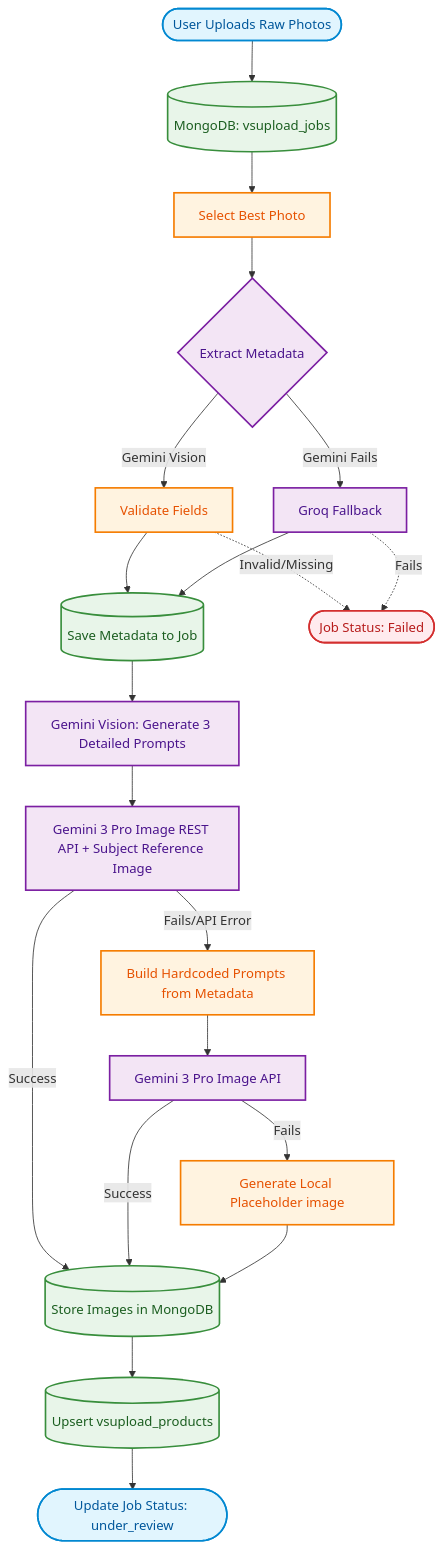
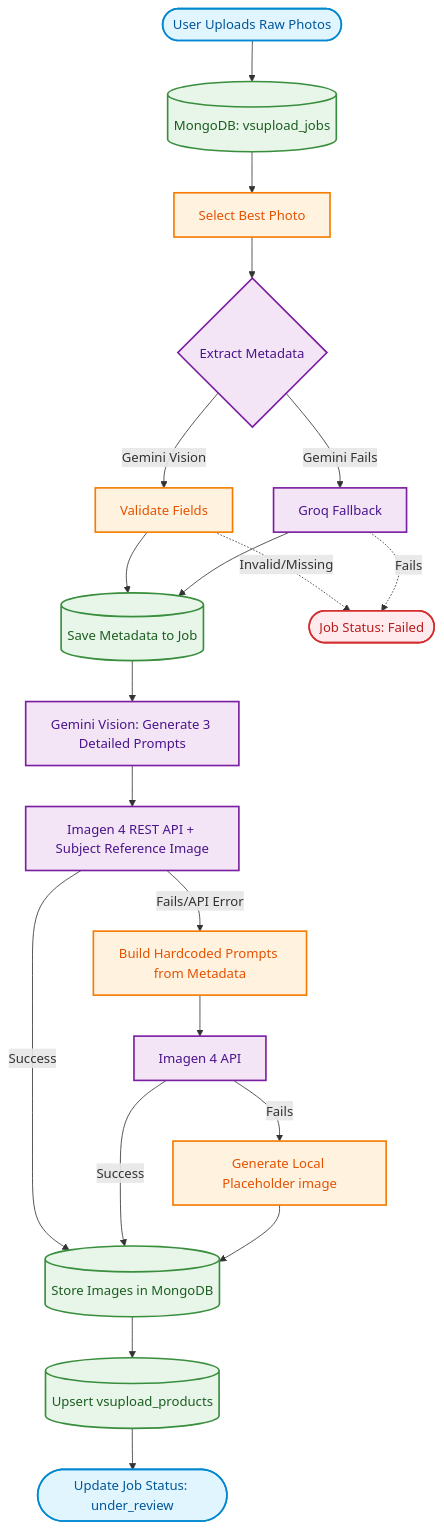
The diagram in README.md (10vulture1005/ShreeJii), drawn with Mermaid before and after one commit. The commit also changed other lines of this file and 1 other file, not shown here.

````diff
--- a/README.md
+++ b/README.md
@@ -5,47 +5,47 @@
 ```mermaid
 flowchart TD
     %% Nodes and Edges
     Start([User Uploads Raw Photos]) --> JobCreated[("MongoDB: vsupload_jobs")]
     JobCreated --> BestPhoto[Select Best Photo]
     
     %% Metadata Extraction Phase
     BestPhoto --> ExtractMeta{Extract Metadata}
     ExtractMeta -- Gemini Vision --> ValidateMeta[Validate Fields]
     ExtractMeta -- Gemini Fails --> GroqMeta[Groq Fallback]
     ValidateMeta --> SaveMeta[("Save Metadata to Job")]
     GroqMeta --> SaveMeta
     
     %% Advanced Image Generation Flow
     SaveMeta --> AdvPrompts[Gemini Vision: Generate 3 Detailed Prompts]
-    AdvPrompts --> AdvImagen[Gemini 3 Pro Image REST API + Subject Reference Image]
+    AdvPrompts --> AdvImagen[Imagen 4 REST API + Subject Reference Image]
     AdvImagen -- Success --> StoreImages[("Store Images in MongoDB")]
     
     %% Fallback Image Generation Flow
     AdvImagen -- Fails/API Error --> FallbackPrompts[Build Hardcoded Prompts from Metadata]
-    FallbackPrompts --> FallbackImagen[Gemini 3 Pro Image API]
+    FallbackPrompts --> FallbackImagen[Imagen 4 API]
     FallbackImagen -- Success --> StoreImages
     FallbackImagen -- Fails --> LocalFallback[Generate Local Placeholder image]
     LocalFallback --> StoreImages
 
     %% Finalization Phase
     StoreImages --> UpsertProduct[("Upsert vsupload_products")]
     UpsertProduct --> FinalStatus([Update Job Status: under_review])
     
     %% Error handling
     ValidateMeta -. Invalid/Missing .-> FailJob([Job Status: Failed])
     GroqMeta -. Fails .-> FailJob
 
     %% Define Styles
     classDef userNode fill:#e1f5fe,stroke:#0288d1,stroke-width:2px,color:#01579b
     classDef processNode fill:#fff3e0,stroke:#f57c00,stroke-width:2px,color:#e65100
     classDef aiNode fill:#f3e5f5,stroke:#7b1fa2,stroke-width:2px,color:#4a148c
     classDef dbNode fill:#e8f5e9,stroke:#388e3c,stroke-width:2px,color:#1b5e20
     classDef errorNode fill:#ffebee,stroke:#d32f2f,stroke-width:2px,color:#b71c1c
 
     %% Apply Styles
     class Start,FinalStatus userNode
     class BestPhoto,ValidateMeta,FallbackPrompts,LocalFallback processNode
     class ExtractMeta,GroqMeta,AdvPrompts,AdvImagen,FallbackImagen aiNode
     class JobCreated,SaveMeta,StoreImages,UpsertProduct dbNode
     class FailJob errorNode
 ```
````
